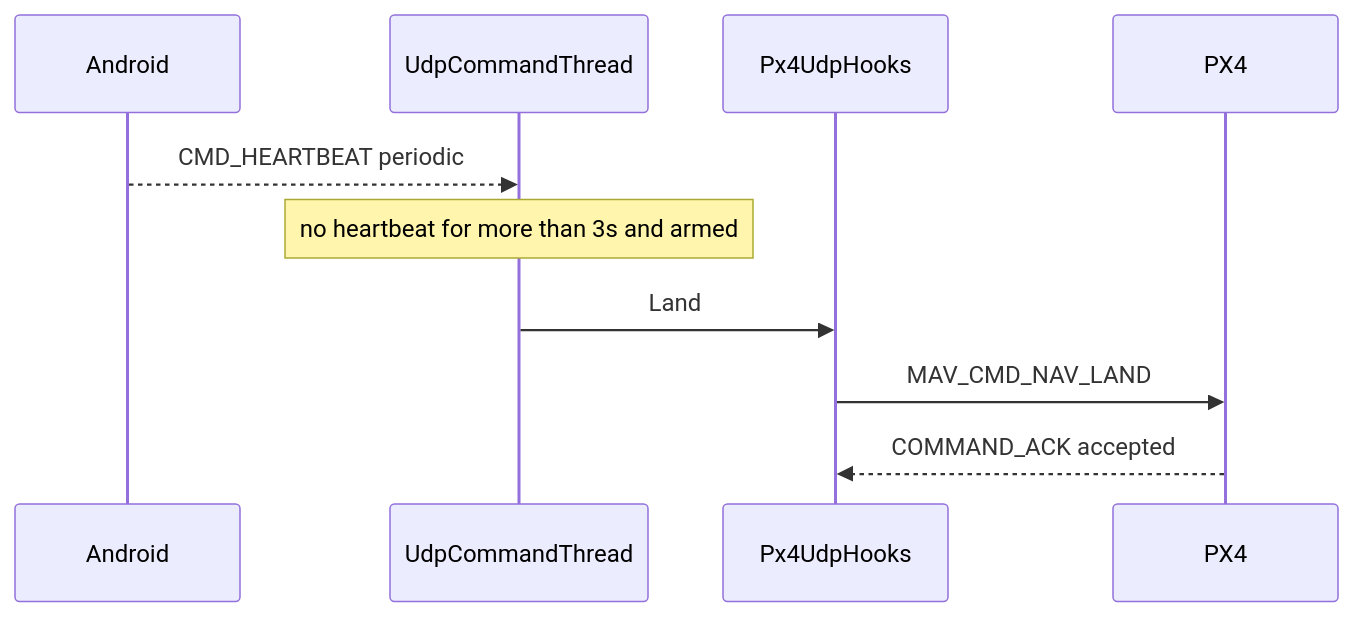
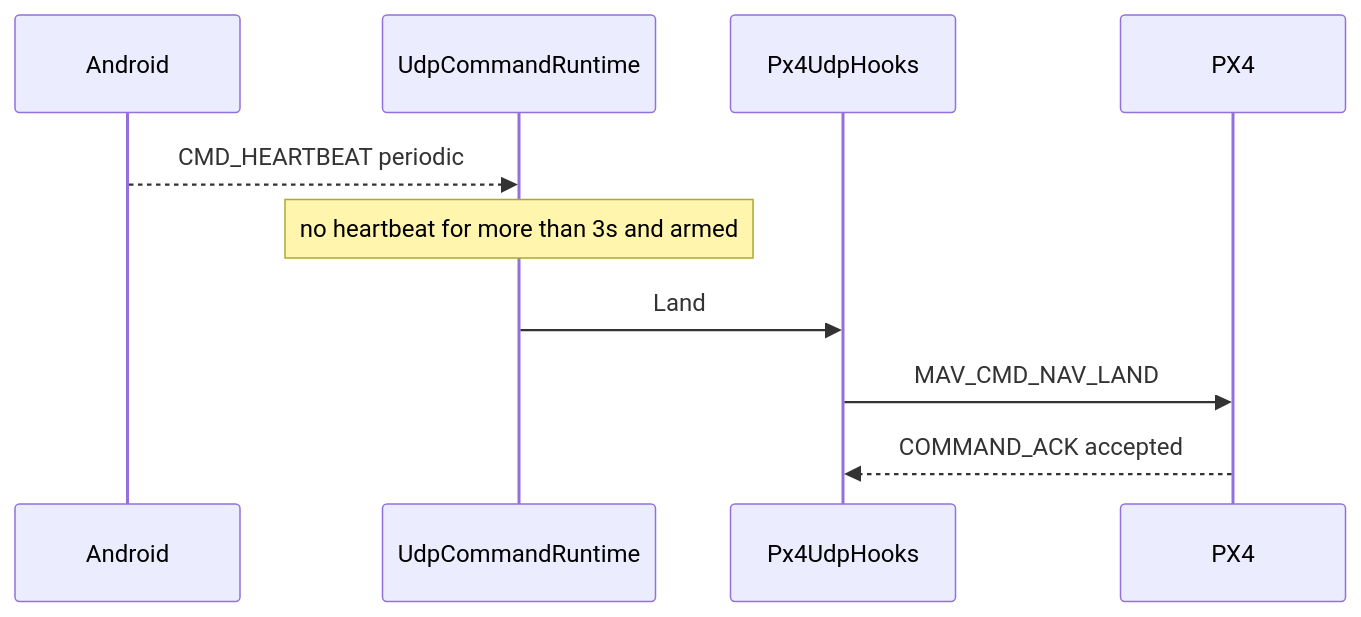
The sixth of 6 diagrams in docs/architecture.md (litingzhang/SmartDrone), drawn with Mermaid before and after one commit. The commit also changed other lines of this file and 153 other files, not shown here.

````diff
--- a/docs/architecture.md
+++ b/docs/architecture.md
@@ -544,13 +542,13 @@
 ```mermaid
 sequenceDiagram
     participant APP as Android
-    participant CMD as UdpCommandThread
+    participant CMD as UdpCommandRuntime
     participant HOOK as Px4UdpHooks
     participant PX4 as PX4
 
     APP-->>CMD: CMD_HEARTBEAT periodic
     Note over CMD: no heartbeat for more than 3s and armed
     CMD->>HOOK: Land
     HOOK->>PX4: MAV_CMD_NAV_LAND
     PX4-->>HOOK: COMMAND_ACK accepted
 ```
````
